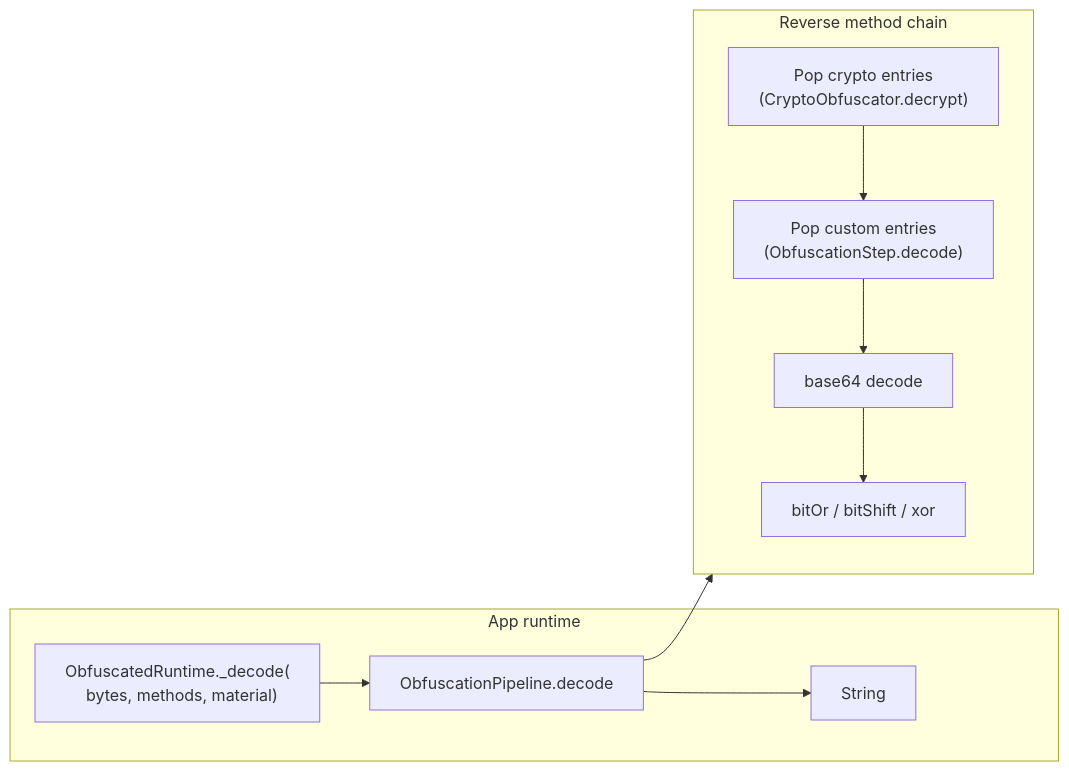
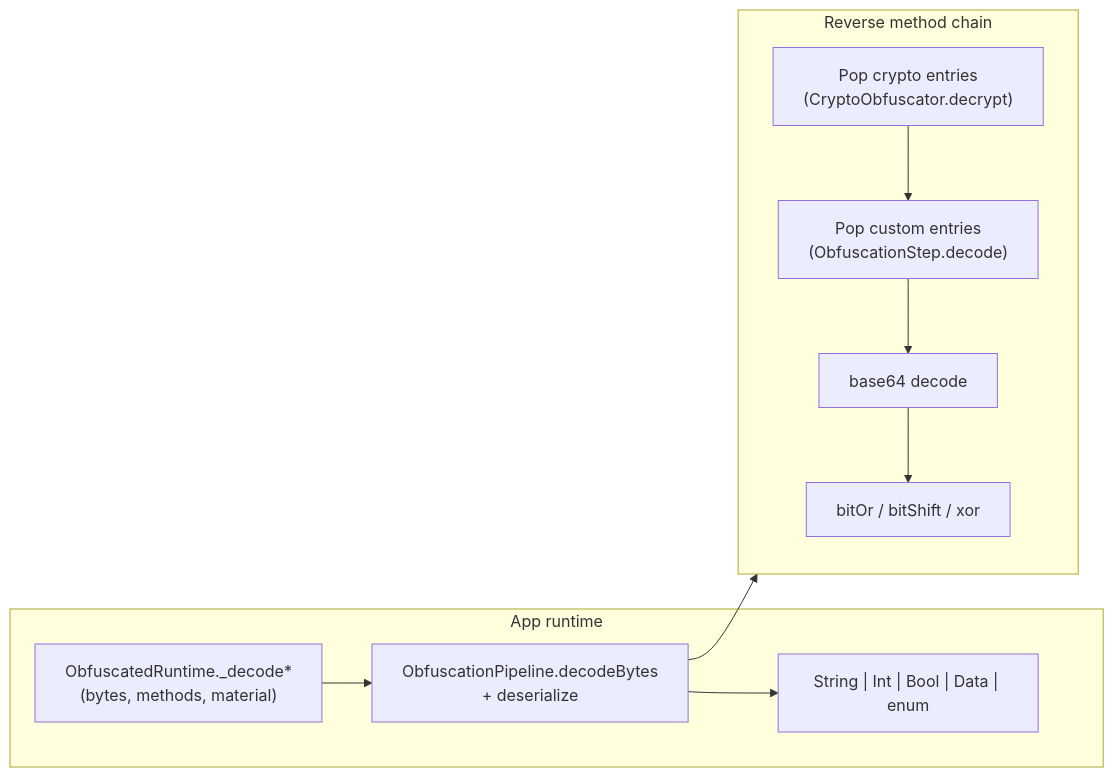
The third of 8 diagrams in docs/ARCHITECTURE.md (tomisacat/Obfuscated), drawn with Mermaid before and after one commit. The commit also changed other lines of this file and 17 other files, not shown here.

````diff
--- a/docs/ARCHITECTURE.md
+++ b/docs/ARCHITECTURE.md
@@ -94,22 +100,22 @@
 ```mermaid
 flowchart LR
     subgraph App["App runtime"]
-        CALL["ObfuscatedRuntime._decode(\n  bytes, methods, material)"]
-        DEC["ObfuscationPipeline.decode"]
-        STR["String"]
+        CALL["ObfuscatedRuntime._decode*\n(bytes, methods, material)"]
+        DEC["ObfuscationPipeline.decodeBytes\n+ deserialize"]
+        OUT["String | Int | Bool | Data | enum"]
     end
 
     CALL --> DEC
-    DEC --> STR
+    DEC --> OUT
 
     subgraph Reverse["Reverse method chain"]
         direction TB
         R1["Pop crypto entries\n(CryptoObfuscator.decrypt)"]
         R1b["Pop custom entries\n(ObfuscationStep.decode)"]
         R2["base64 decode"]
         R3["bitOr / bitShift / xor"]
         R1 --> R1b --> R2 --> R3
     end
 
     DEC --> Reverse
 ```
````
